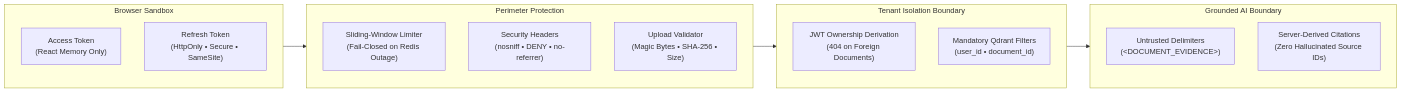
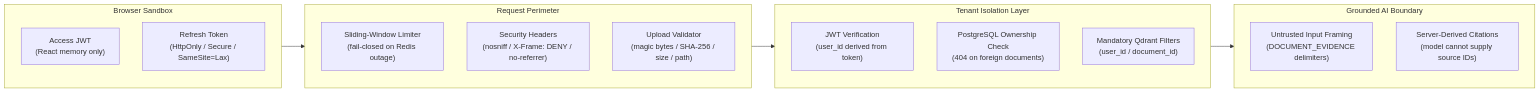
Before and after one commit to yashrajagawane/documind: the fourth of 4 diagrams in README.md, drawn with Mermaid. The commit also changed other lines of this file and 1 other file, not shown here.

````diff
--- a/README.md
+++ b/README.md
@@ -667,25 +315,26 @@
 ```mermaid
 flowchart LR
-    subgraph BrowserSecurity["Browser Sandbox"]
-        TokenMem["Access Token<br/>(React Memory Only)"]
-        CookieStore["Refresh Token<br/>(HttpOnly • Secure • SameSite)"]
+    subgraph Browser["Browser Sandbox"]
+        AccessToken["Access JWT\n(React memory only)"]
+        Cookie["Refresh Token\n(HttpOnly / Secure / SameSite=Lax)"]
     end
 
-    subgraph Perimeter["Perimeter Protection"]
-        Limiter["Sliding-Window Limiter<br/>(Fail-Closed on Redis Outage)"]
-        SecHeaders["Security Headers<br/>(nosniff • DENY • no-referrer)"]
-        MagicValidator["Upload Validator<br/>(Magic Bytes • SHA-256 • Size)"]
+    subgraph Perimeter["Request Perimeter"]
+        Limiter["Sliding-Window Limiter\n(fail-closed on Redis outage)"]
+        Headers["Security Headers\n(nosniff / X-Frame: DENY / no-referrer)"]
+        Validator["Upload Validator\n(magic bytes / SHA-256 / size / path)"]
     end
 
-    subgraph IdentityIsolation["Tenant Isolation Boundary"]
-        JWTVerify["JWT Ownership Derivation<br/>(404 on Foreign Documents)"]
-        FilterQdrant["Mandatory Qdrant Filters<br/>(user_id • document_id)"]
+    subgraph Identity["Tenant Isolation Layer"]
+        JWTCheck["JWT Verification\n(user_id derived from token)"]
+        Ownership["PostgreSQL Ownership Check\n(404 on foreign documents)"]
+        VectorFilter["Mandatory Qdrant Filters\n(user_id / document_id)"]
     end
 
-    subgraph LLMSafety["Grounded AI Boundary"]
-        PromptGuard["Untrusted Delimiters<br/>(&lt;DOCUMENT_EVIDENCE&gt;)"]
-        ServerCitations["Server-Derived Citations<br/>(Zero Hallucinated Source IDs)"]
+    subgraph AIBoundary["Grounded AI Boundary"]
+        DocEvidence["Untrusted Input Framing\n(DOCUMENT_EVIDENCE delimiters)"]
+        ServerCitations["Server-Derived Citations\n(model cannot supply source IDs)"]
     end
 
-    BrowserSecurity --> Perimeter --> IdentityIsolation --> LLMSafety
+    Browser --> Perimeter --> Identity --> AIBoundary
 ```
````
